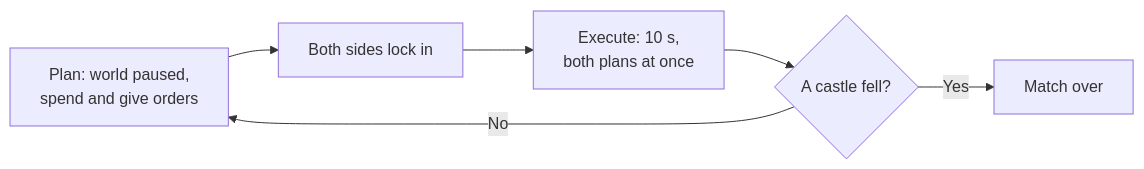
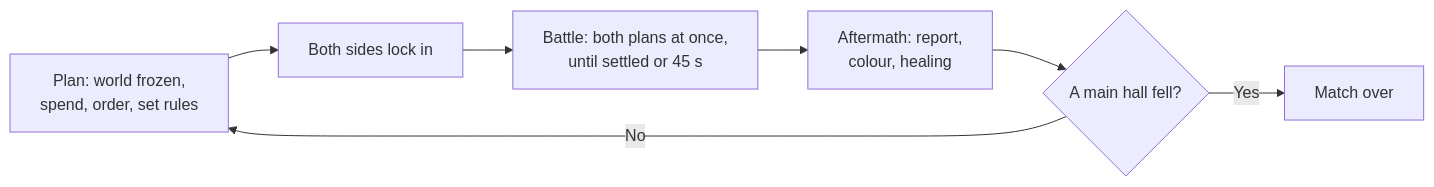
One commit to nauqh/greyfall changed the first of 2 diagrams in PRD.md. Above: the diagram before and after it, drawn with Mermaid. The commit also changed other lines of this file, not shown here.

First line of the commit message:
docs(prd): plan and battle phases until a main hall falls

````diff
--- a/PRD.md
+++ b/PRD.md
@@ -47,8 +47,9 @@
 ```mermaid
 flowchart LR
-  A[Plan: world paused,<br/>spend and give orders] --> B[Both sides lock in]
-  B --> C[Execute: 10 s,<br/>both plans at once]
-  C --> D{A castle fell?}
-  D -->|No| A
-  D -->|Yes| E[Match over]
+  A[Plan: world frozen,<br/>spend, order, set rules] --> B[Both sides lock in]
+  B --> C[Battle: both plans at once,<br/>until settled or 45 s]
+  C --> D[Aftermath: report,<br/>colour, healing]
+  D --> E{A main hall fell?}
+  E -->|No| A
+  E -->|Yes| F[Match over]
 ```
````
